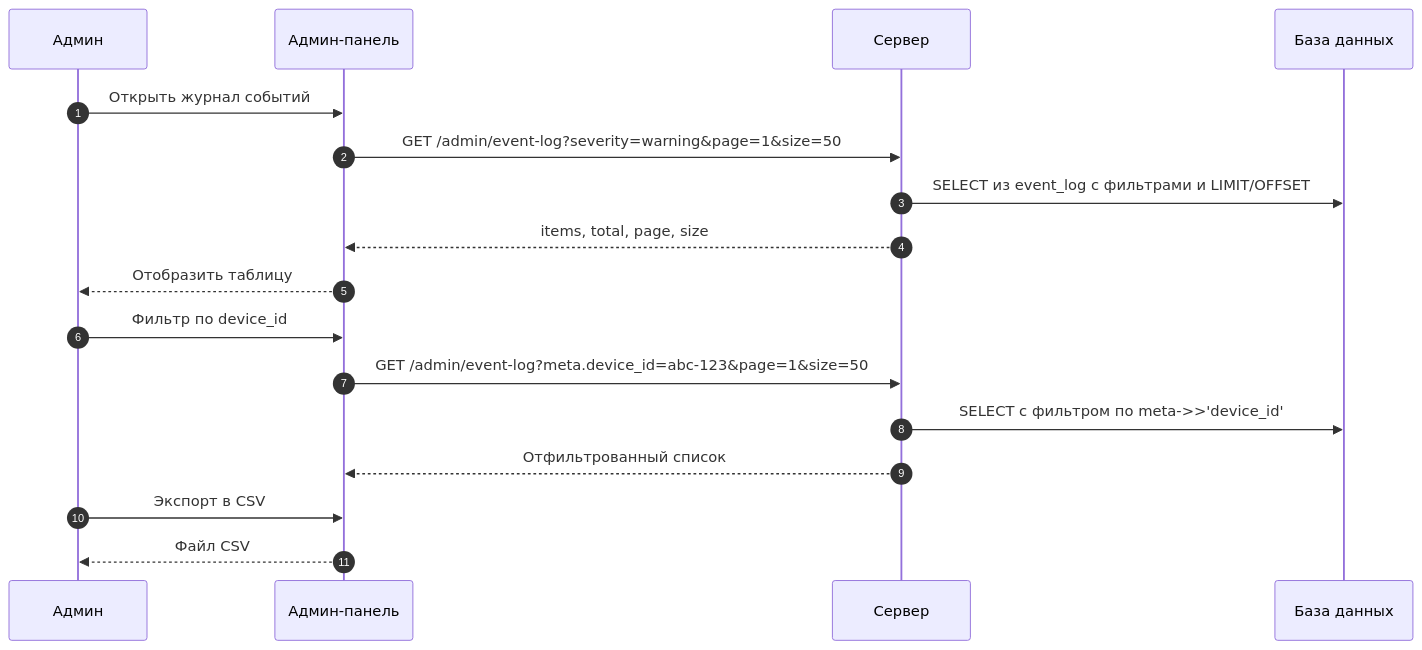
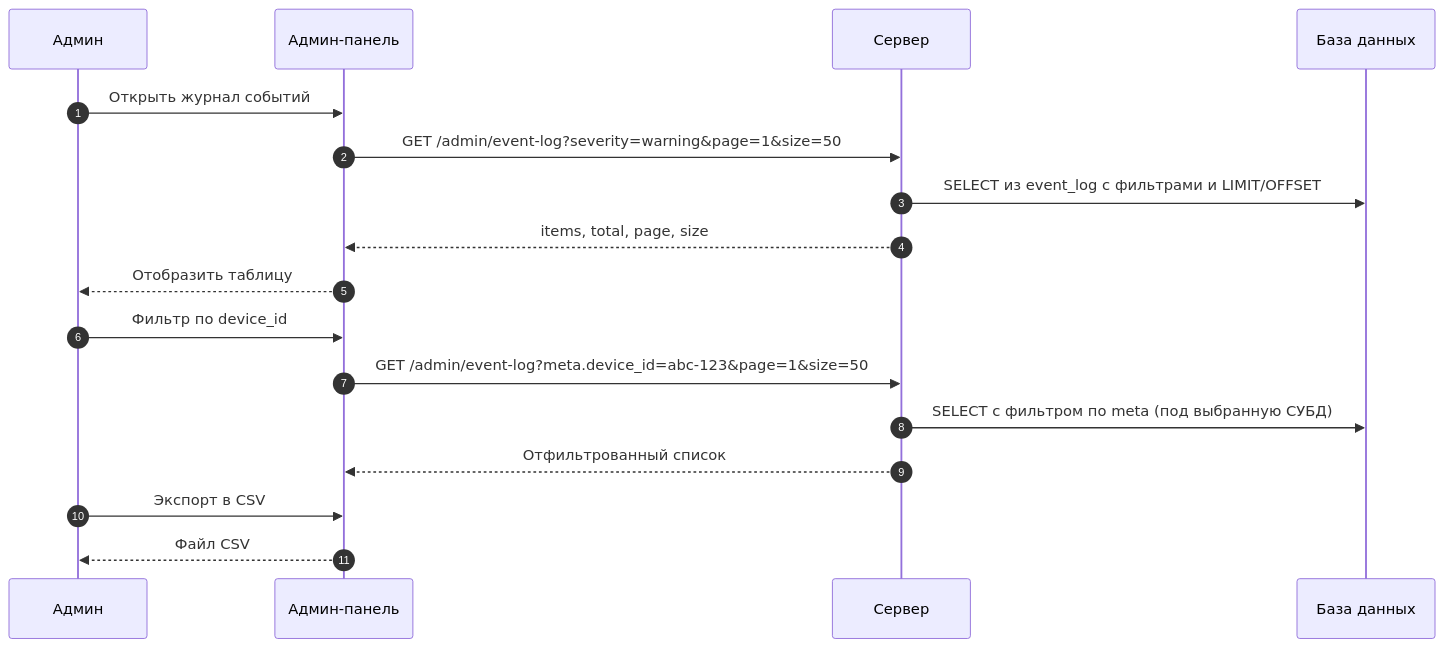
One commit to SP4CEVI/iasu-2.0 changed diagram 13 of 13 in concept.md. Above: the diagram before and after it, drawn with Mermaid. The commit also changed other lines of this file, not shown here.

Commit message:
Добавлена инфо про хостинг и варианты СУБД

````diff
--- a/concept.md
+++ b/concept.md
@@ -1137,20 +1218,20 @@
 ```mermaid
 sequenceDiagram
     autonumber
     participant Admin as Админ
     participant Web as Админ-панель
     participant API as Сервер
     participant DB as База данных
 
     Admin->>Web: Открыть журнал событий
     Web->>API: GET /admin/event-log?severity=warning&page=1&size=50
     API->>DB: SELECT из event_log с фильтрами и LIMIT/OFFSET
     API-->>Web: items, total, page, size
     Web-->>Admin: Отобразить таблицу
     Admin->>Web: Фильтр по device_id
     Web->>API: GET /admin/event-log?meta.device_id=abc-123&page=1&size=50
-    API->>DB: SELECT с фильтром по meta->>'device_id'
+    API->>DB: SELECT с фильтром по meta (под выбранную СУБД)
     API-->>Web: Отфильтрованный список
     Admin->>Web: Экспорт в CSV
     Web-->>Admin: Файл CSV
 ```
````
